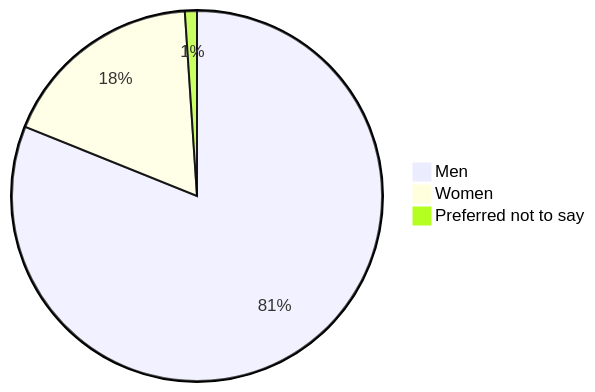
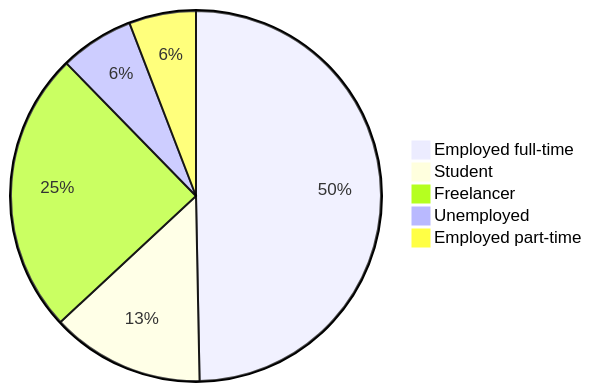
One commit to Fcmam5/state-of-dz-swe-2024 changed the first of 2 diagrams in website/docs/index.md. Above: the diagram before and after it, drawn with Mermaid. The commit also changed other lines of this file and 47 other files, not shown here.

````diff
--- a/website/docs/index.md
+++ b/website/docs/index.md
@@ -32,6 +56,8 @@
 ```mermaid
 pie
-    "Men" : 386
-    "Women" : 85
-    "Preferred not to say" : 5
+    "Employed full-time" : 323
+    "Student" : 87
+    "Freelancer" : 160
+    "Unemployed" : 42
+    "Employed part-time" : 38
 ```
````
